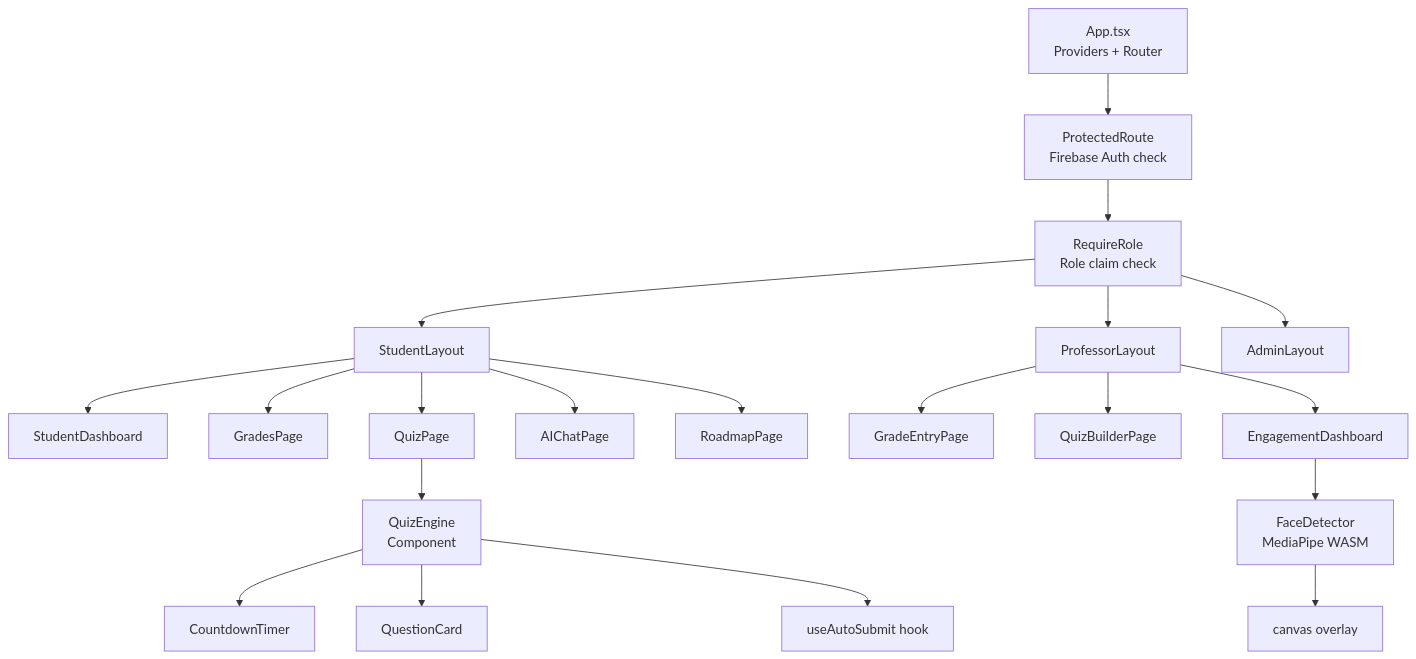
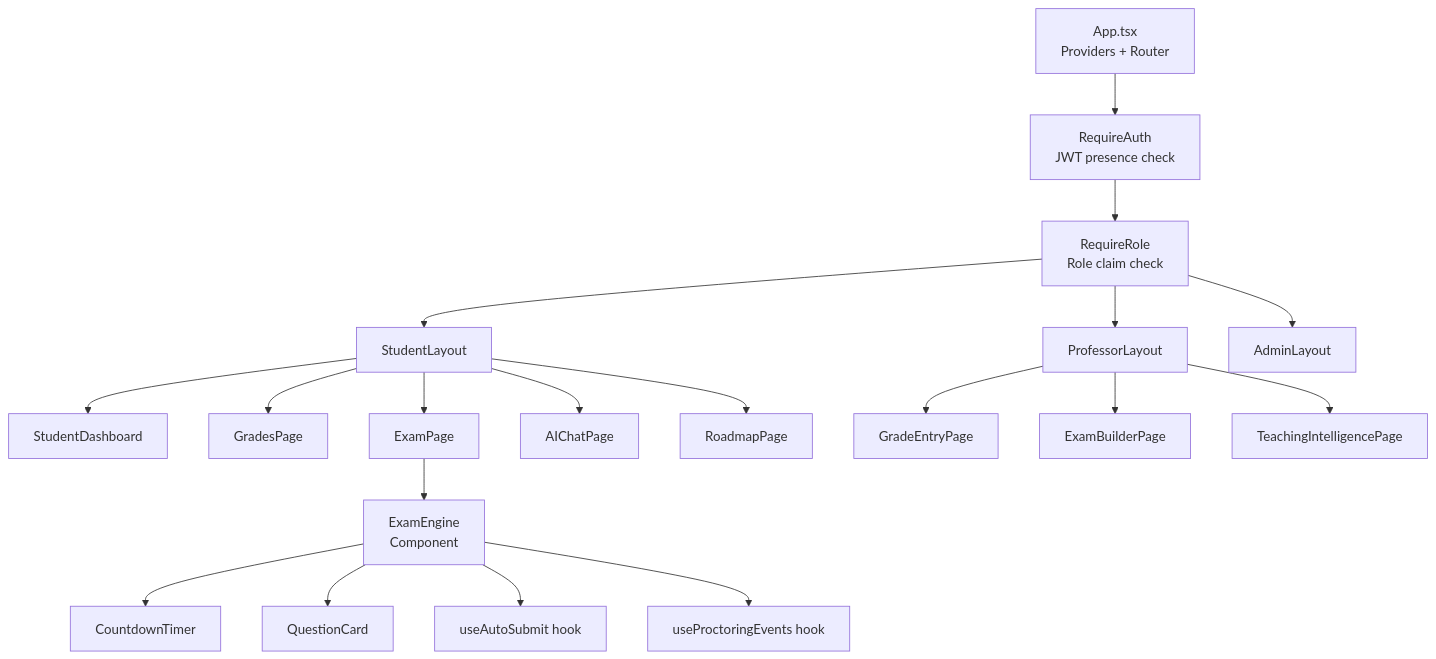
Before and after one commit to Mohamedmahmoud148/UniversityManagementSystem: the first of 2 diagrams in Project-Documentation/33-System-Design/05_FRONTEND_ARCHITECTURE.md, drawn with Mermaid. The commit also changed other lines of this file and 5 other files, not shown here.

````diff
--- a/Project-Documentation/33-System-Design/05_FRONTEND_ARCHITECTURE.md
+++ b/Project-Documentation/33-System-Design/05_FRONTEND_ARCHITECTURE.md
@@ -86,29 +83,27 @@
 ```mermaid
 graph TD
     APP[App.tsx\nProviders + Router]
 
-    APP --> GUARD_AUTH[ProtectedRoute\nFirebase Auth check]
+    APP --> GUARD_AUTH[RequireAuth\nJWT presence check]
     GUARD_AUTH --> GUARD_ROLE[RequireRole\nRole claim check]
 
     GUARD_ROLE --> STUDENT_LAYOUT[StudentLayout]
     GUARD_ROLE --> PROF_LAYOUT[ProfessorLayout]
     GUARD_ROLE --> ADMIN_LAYOUT[AdminLayout]
 
     STUDENT_LAYOUT --> DASHBOARD[StudentDashboard]
     STUDENT_LAYOUT --> GRADES_PAGE[GradesPage]
-    STUDENT_LAYOUT --> QUIZ_PAGE[QuizPage]
+    STUDENT_LAYOUT --> EXAM_PAGE[ExamPage]
     STUDENT_LAYOUT --> AI_CHAT[AIChatPage]
     STUDENT_LAYOUT --> ROADMAP[RoadmapPage]
 
     PROF_LAYOUT --> GRADE_ENTRY[GradeEntryPage]
-    PROF_LAYOUT --> QUIZ_BUILDER[QuizBuilderPage]
-    PROF_LAYOUT --> ENGAGEMENT[EngagementDashboard]
+    PROF_LAYOUT --> EXAM_BUILDER[ExamBuilderPage]
+    PROF_LAYOUT --> TEACHING_INTEL[TeachingIntelligencePage]
 
-    QUIZ_PAGE --> QUIZ_ENGINE[QuizEngine\nComponent]
-    QUIZ_ENGINE --> TIMER[CountdownTimer]
-    QUIZ_ENGINE --> QUESTION_CARD[QuestionCard]
-    QUIZ_ENGINE --> AUTO_SUBMIT[useAutoSubmit hook]
-
-    ENGAGEMENT --> FACE_DETECTOR[FaceDetector\nMediaPipe WASM]
-    FACE_DETECTOR --> FACE_CANVAS[canvas overlay]
+    EXAM_PAGE --> EXAM_ENGINE[ExamEngine\nComponent]
+    EXAM_ENGINE --> TIMER[CountdownTimer]
+    EXAM_ENGINE --> QUESTION_CARD[QuestionCard]
+    EXAM_ENGINE --> AUTO_SUBMIT[useAutoSubmit hook]
+    EXAM_ENGINE --> PROCTORING[useProctoringEvents hook]
 ```
````
